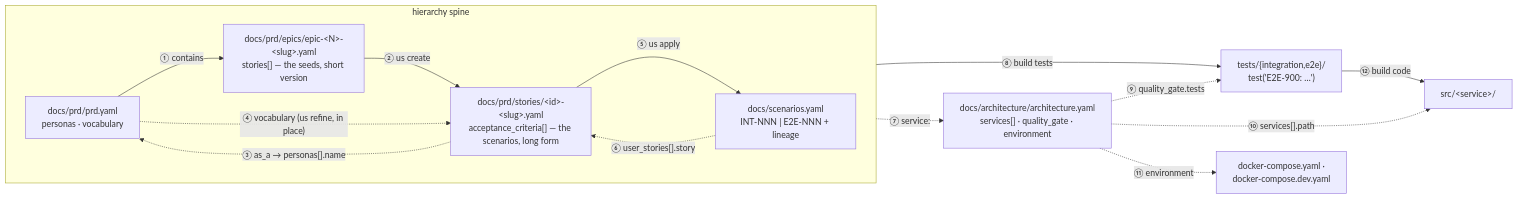
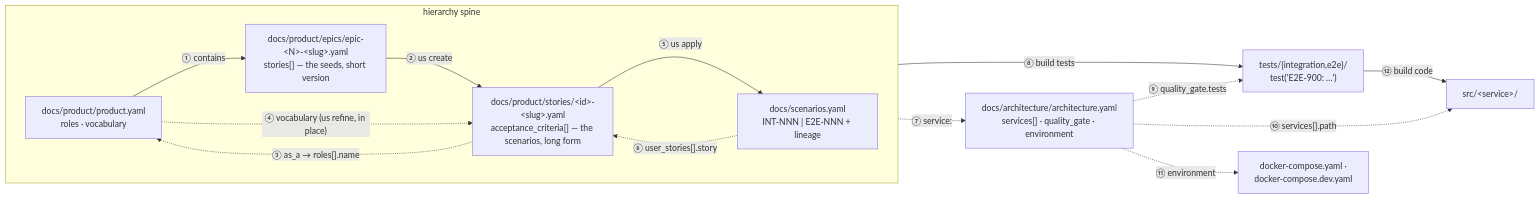
Before and after one commit to ondatra-ai/true-bdd: the diagram in docs/doc-universe.md, drawn with Mermaid. The commit also changed other lines of this file and 208 other files, not shown here.

````diff
--- a/docs/doc-universe.md
+++ b/docs/doc-universe.md
@@ -71,29 +71,29 @@
 ```mermaid
 flowchart LR
   subgraph spine["hierarchy spine"]
     direction LR
-    PRD["docs/prd/prd.yaml<br/>personas · vocabulary"]
-    EPIC["docs/prd/epics/epic-&lt;N&gt;-&lt;slug&gt;.yaml<br/>stories[] — the seeds, short version"]
-    STORY["docs/prd/stories/&lt;id&gt;-&lt;slug&gt;.yaml<br/>acceptance_criteria[] — the scenarios, long form"]
+    PRODUCT["docs/product/product.yaml<br/>roles · vocabulary"]
+    EPIC["docs/product/epics/epic-&lt;N&gt;-&lt;slug&gt;.yaml<br/>stories[] — the seeds, short version"]
+    STORY["docs/product/stories/&lt;id&gt;-&lt;slug&gt;.yaml<br/>acceptance_criteria[] — the scenarios, long form"]
     REG["docs/scenarios.yaml<br/>INT-NNN | E2E-NNN + lineage"]
-    PRD -- "① contains" --> EPIC
+    PRODUCT -- "① contains" --> EPIC
     EPIC -- "② us create" --> STORY
     STORY -- "⑤ us apply" --> REG
   end
 
-  STORY -. "③ as_a → personas[].name" .-> PRD
-  PRD -. "④ vocabulary (us refine, in place)" .-> STORY
+  STORY -. "③ as_a → roles[].name" .-> PRODUCT
+  PRODUCT -. "④ vocabulary (us refine, in place)" .-> STORY
   REG -. "⑥ user_stories[].story" .-> STORY
 
   ARCH["docs/architecture/architecture.yaml<br/>services[] · quality_gate · environment"]
   TESTS["tests/{integration,e2e}/<br/>test('E2E-900: …')"]
   SRC["src/&lt;service&gt;/"]
   COMPOSE["docker-compose.yaml ·<br/>docker-compose.dev.yaml"]
 
   REG -- "⑧ build tests" --> TESTS
   TESTS -- "⑫ build code" --> SRC
   REG -. "⑦ service:" .-> ARCH
   ARCH -. "⑨ quality_gate.tests" .-> TESTS
   ARCH -. "⑩ services[].path" .-> SRC
   ARCH -. "⑪ environment" .-> COMPOSE
 ```
````
